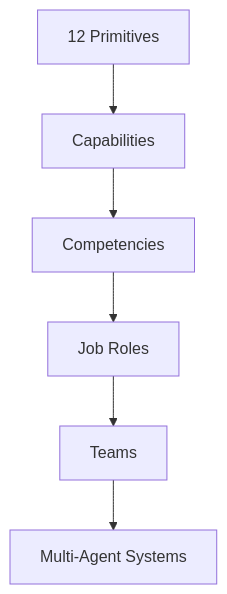
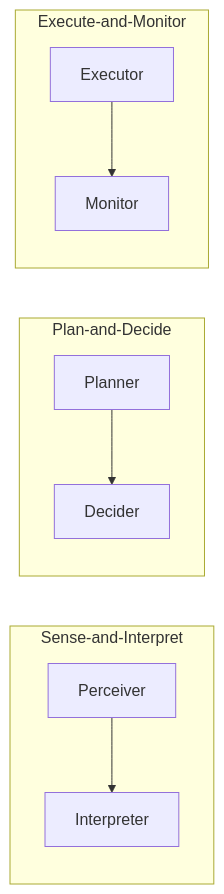
One commit to andrew-leo-2024/marketplace-docs changed the second of 3 diagrams in docs/platform/agents/composition-model.mdx. Above: the diagram before and after it, drawn with Mermaid. The commit also changed other lines of this file and 401 other files, not shown here.

````diff
--- a/docs/platform/agents/composition-model.mdx
+++ b/docs/platform/agents/composition-model.mdx
@@ -9,8 +70,12 @@
 ```mermaid
-graph TB
-    A[12 Primitives] --> B[Capabilities]
-    B --> C[Competencies]
-    C --> D[Job Roles]
-    D --> E[Teams]
-    E --> F[Multi-Agent Systems]
+graph LR
+    subgraph "Sense-and-Interpret"
+        P1[Perceiver] --> I1[Interpreter]
+    end
+    subgraph "Plan-and-Decide"
+        PL[Planner] --> DE[Decider]
+    end
+    subgraph "Execute-and-Monitor"
+        EX[Executor] --> MO[Monitor]
+    end
 ```
````
